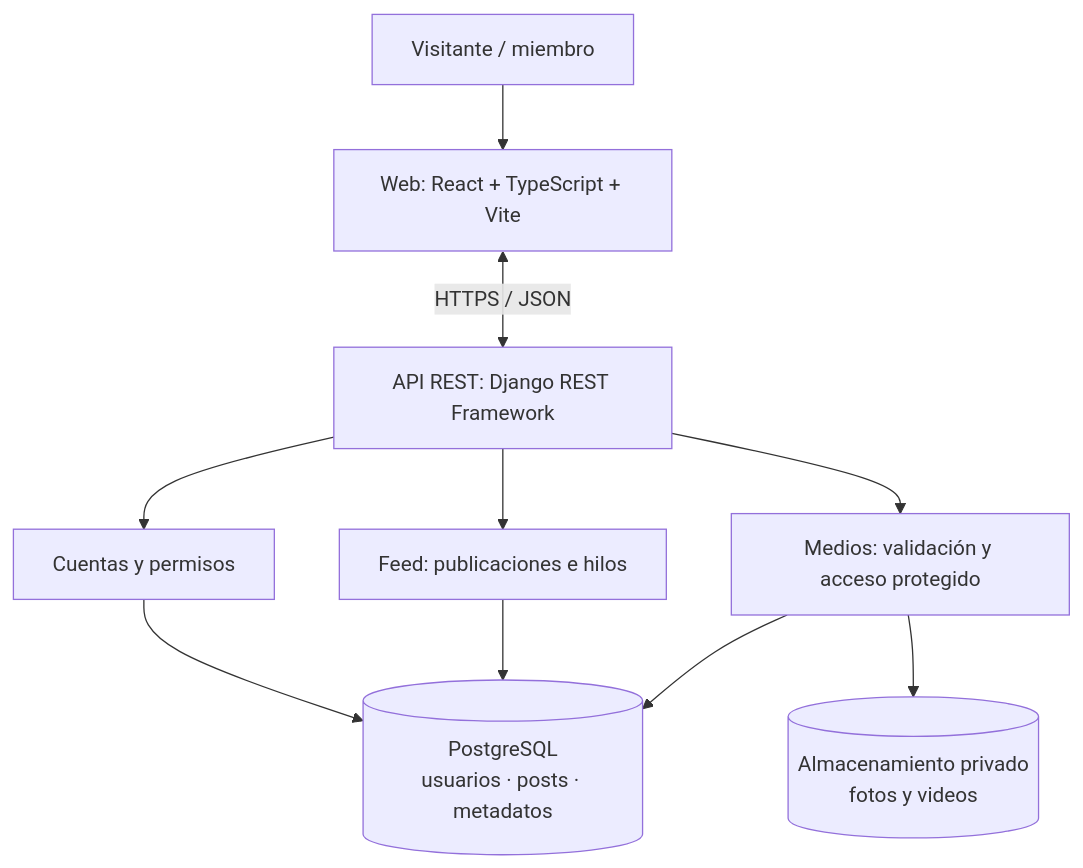
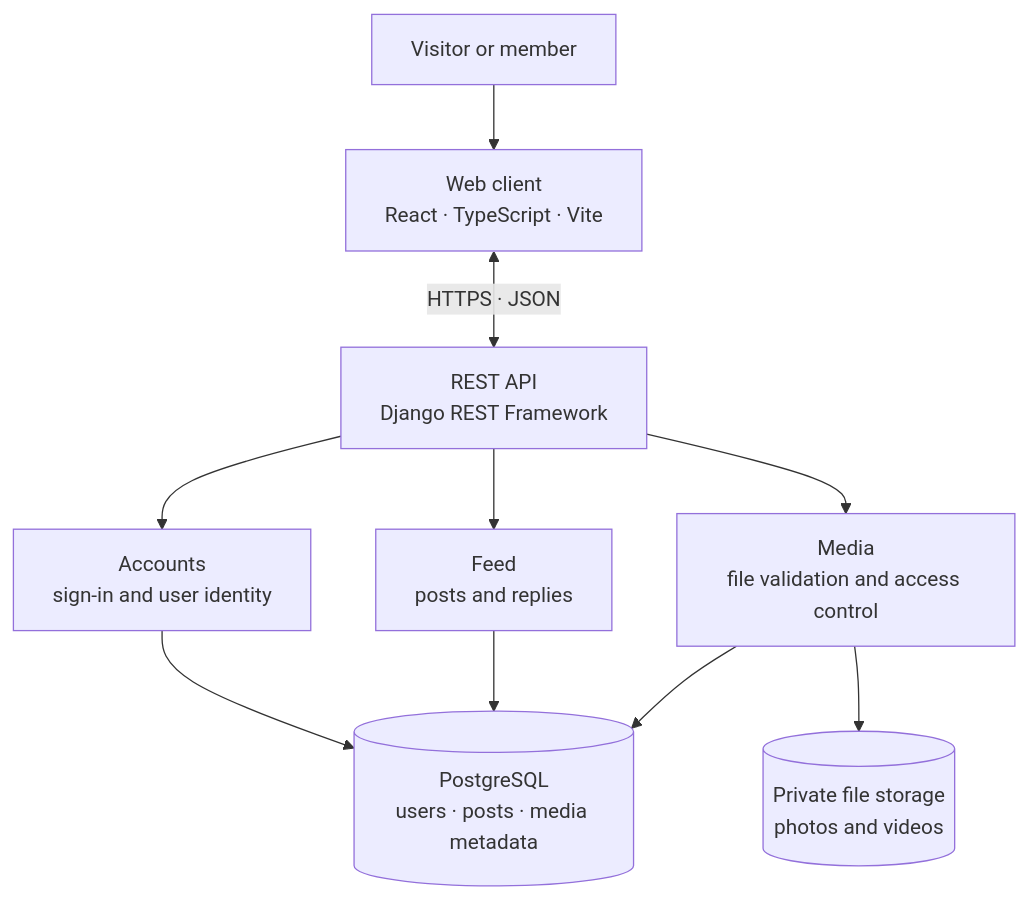
The first of 2 diagrams in README.md (IsaacToDv/FraterChrist), drawn with Mermaid before and after one commit. The commit also changed other lines of this file, not shown here.

Commit message:
docs: polish README and clarify English UML

```diff
--- a/README.md
+++ b/README.md
@@ -66,21 +66,21 @@
 ~~~mermaid
 flowchart TB
-    V["Visitante / miembro"]
-    UI["Web: React + TypeScript + Vite"]
-    API["API REST: Django REST Framework"]
-    AUTH["Cuentas y permisos"]
-    FEED["Feed: publicaciones e hilos"]
-    MEDIA["Medios: validación y acceso protegido"]
-    DB[("PostgreSQL<br/>usuarios · posts · metadatos")]
-    FS[("Almacenamiento privado<br/>fotos y videos")]
+    Visitor["Visitor or member"]
+    Web["Web client<br/>React · TypeScript · Vite"]
+    API["REST API<br/>Django REST Framework"]
+    Accounts["Accounts<br/>sign-in and user identity"]
+    Feed["Feed<br/>posts and replies"]
+    Media["Media<br/>file validation and access control"]
+    DB[("PostgreSQL<br/>users · posts · media metadata")]
+    Storage[("Private file storage<br/>photos and videos")]
 
-    V --> UI
-    UI <-->|HTTPS / JSON| API
-    API --> AUTH
-    API --> FEED
-    API --> MEDIA
-    AUTH --> DB
-    FEED --> DB
-    MEDIA --> DB
-    MEDIA --> FS
+    Visitor --> Web
+    Web <-->|HTTPS · JSON| API
+    API --> Accounts
+    API --> Feed
+    API --> Media
+    Accounts --> DB
+    Feed --> DB
+    Media --> DB
+    Media --> Storage
 ~~~
```
